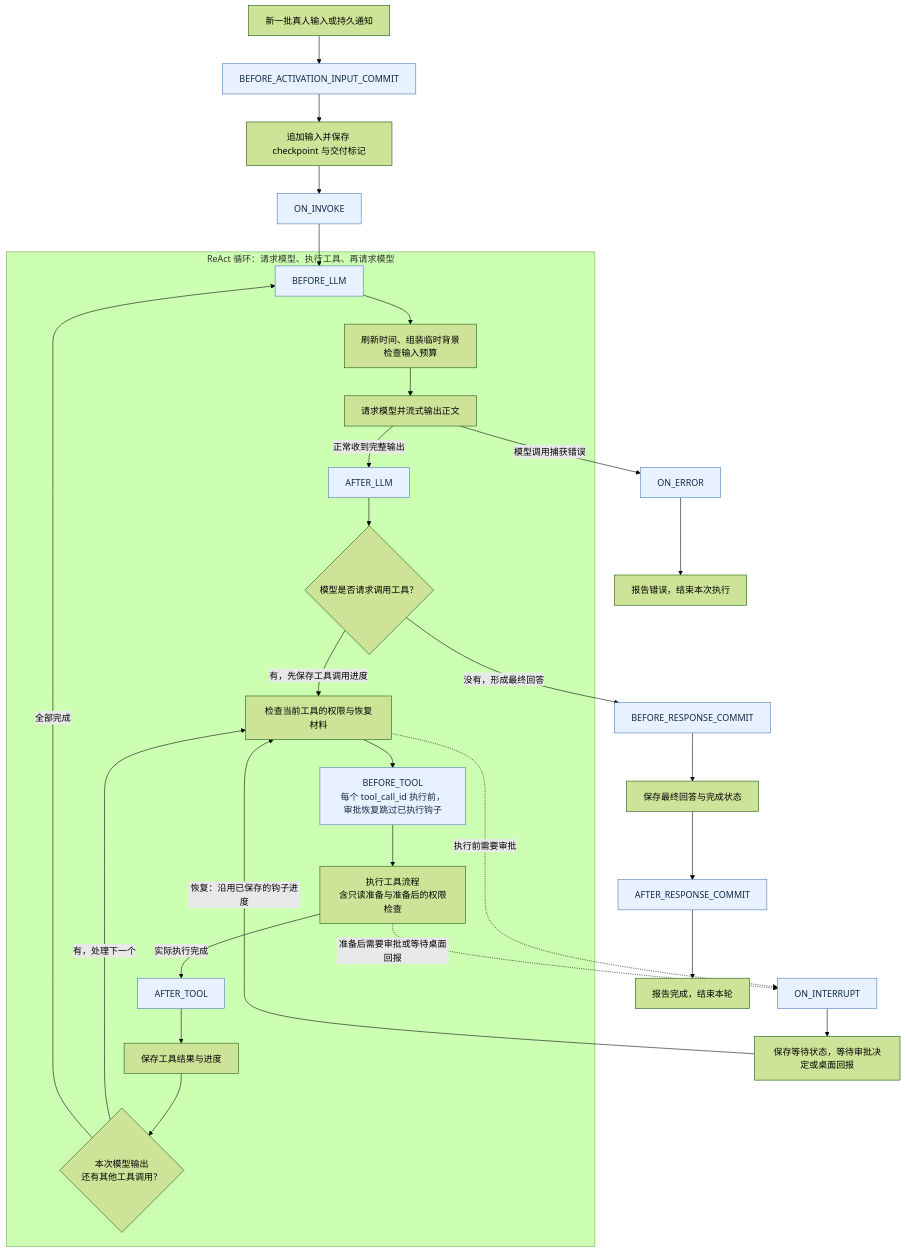
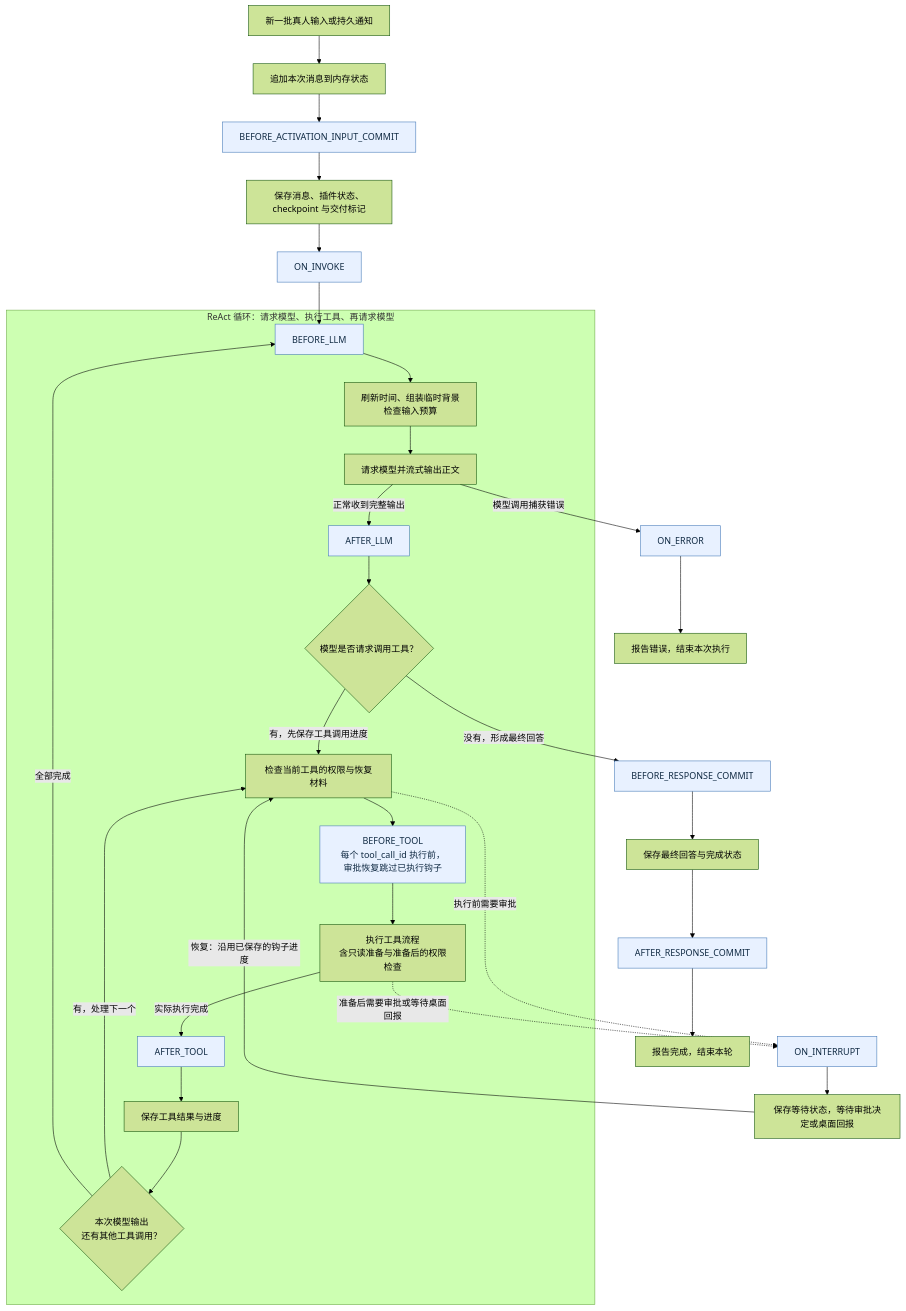
Before and after one commit to Crazy-Seal/Ayaya: the second of 2 diagrams in docs/plugin-development.md, drawn with Mermaid (forest theme). The commit also changed other lines of this file and 78 other files, not shown here.

````diff
--- a/docs/plugin-development.md
+++ b/docs/plugin-development.md
@@ -490,38 +510,39 @@
 ```mermaid
 flowchart TD
-    Input[新一批真人输入或持久通知] --> BeforeInput[BEFORE_ACTIVATION_INPUT_COMMIT]
-    BeforeInput --> SaveInput[追加输入并保存 checkpoint 与交付标记]
+    Input[新一批真人输入或持久通知] --> AppendInput[追加本次消息到内存状态]
+    AppendInput --> BeforeInput[BEFORE_ACTIVATION_INPUT_COMMIT]
+    BeforeInput --> SaveInput[保存消息、插件状态、checkpoint 与交付标记]
     SaveInput --> Invoke[ON_INVOKE]
     Invoke --> BeforeModel
 
     subgraph React[ReAct 循环：请求模型、执行工具、再请求模型]
         BeforeModel[BEFORE_LLM] --> Prepare["刷新时间、组装临时背景<br/>检查输入预算"]
         Prepare --> Model[请求模型并流式输出正文]
         Model -->|正常收到完整输出| AfterModel[AFTER_LLM]
         AfterModel --> HasTools{模型是否请求调用工具？}
         HasTools -->|有，先保存工具调用进度| ToolEntry[检查当前工具的权限与恢复材料]
         ToolEntry --> BeforeTool["BEFORE_TOOL<br/>每个 tool_call_id 执行前，审批恢复跳过已执行钩子"]
         BeforeTool --> RunTool["执行工具流程<br/>含只读准备与准备后的权限检查"]
         RunTool -->|实际执行完成| AfterTool[AFTER_TOOL]
         AfterTool --> SaveTool[保存工具结果与进度]
         SaveTool --> MoreTools{"本次模型输出<br/>还有其他工具调用？"}
         MoreTools -->|有，处理下一个| ToolEntry
         MoreTools -->|全部完成| BeforeModel
     end
 
     HasTools -->|没有，形成最终回答| BeforeResponse[BEFORE_RESPONSE_COMMIT]
     BeforeResponse --> SaveResponse[保存最终回答与完成状态]
     SaveResponse --> AfterResponse[AFTER_RESPONSE_COMMIT]
     AfterResponse --> Done[报告完成，结束本轮]
 
     ToolEntry -.->|执行前需要审批| Interrupt[ON_INTERRUPT]
     RunTool -.->|准备后需要审批或等待桌面回报| Interrupt
     Interrupt --> Wait[保存等待状态，等待审批决定或桌面回报]
     Wait -->|恢复：沿用已保存的钩子进度| ToolEntry
 
     Model -->|模型调用捕获错误| ErrorHook[ON_ERROR]
     ErrorHook --> Failed[报告错误，结束本次执行]
 
     classDef hook fill:#e8f1ff,stroke:#4479b8,color:#102a43;
     class BeforeInput,Invoke,BeforeModel,AfterModel,BeforeTool,AfterTool,BeforeResponse,AfterResponse,Interrupt,ErrorHook hook;
 ```
````
